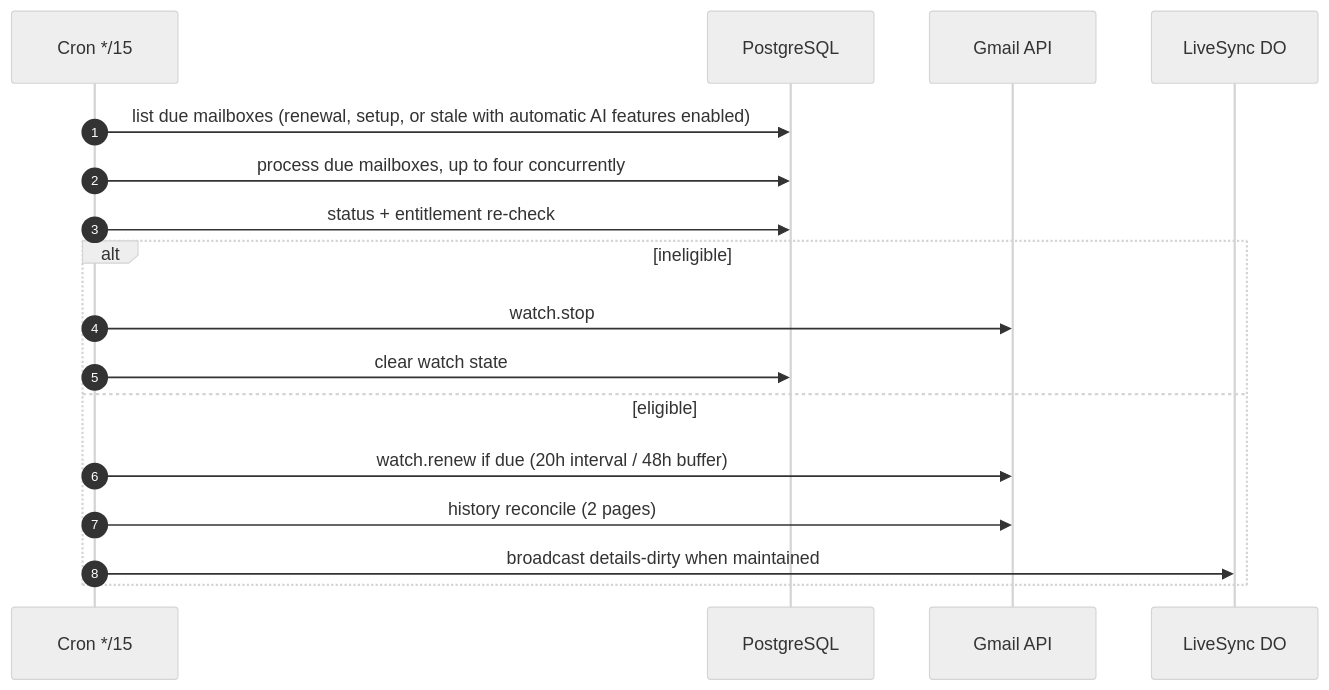
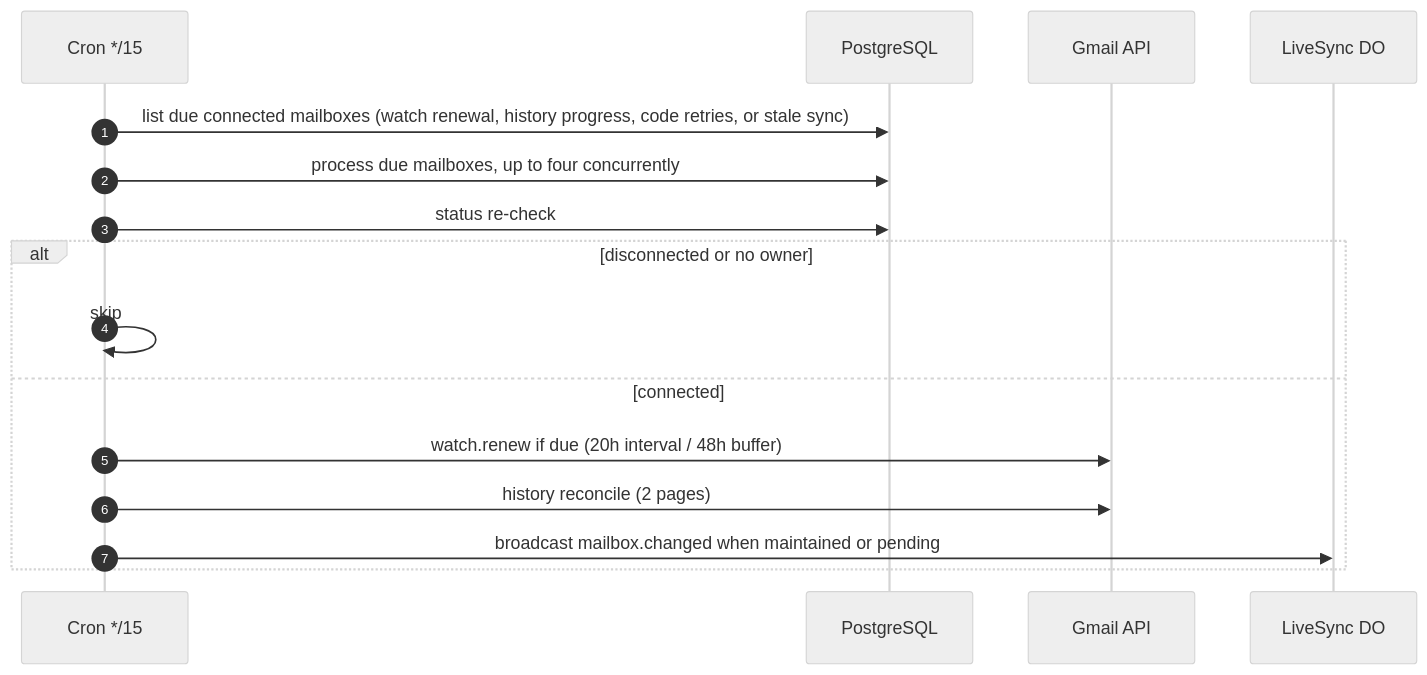
One commit to quieter-email/quieter changed the third of 6 diagrams in docs/infrastructure-map.md. Above: the diagram before and after it, drawn with Mermaid (neutral theme). The commit also changed other lines of this file and 5 other files, not shown here.

Commit message:
fix(mail): stabilize code queries and defer ineligible retries

````diff
--- a/docs/infrastructure-map.md
+++ b/docs/infrastructure-map.md
@@ -183,20 +178,19 @@
 ```mermaid
 sequenceDiagram
     autonumber
     participant CR as Cron */15
     participant DB as PostgreSQL
     participant A as Gmail API
     participant D as LiveSync DO
 
-    CR->>DB: list due mailboxes (renewal, setup, or stale with automatic AI features enabled)
+    CR->>DB: list due connected mailboxes (watch renewal, history progress, code retries, or stale sync)
     CR->>DB: process due mailboxes, up to four concurrently
-    CR->>DB: status + entitlement re-check
-    alt ineligible
-        CR->>A: watch.stop
-        CR->>DB: clear watch state
-    else eligible
+    CR->>DB: status re-check
+    alt disconnected or no owner
+        CR->>CR: skip
+    else connected
         CR->>A: watch.renew if due (20h interval / 48h buffer)
         CR->>A: history reconcile (2 pages)
-        CR->>D: broadcast details-dirty when maintained
+        CR->>D: broadcast mailbox.changed when maintained or pending
     end
 ```
````
